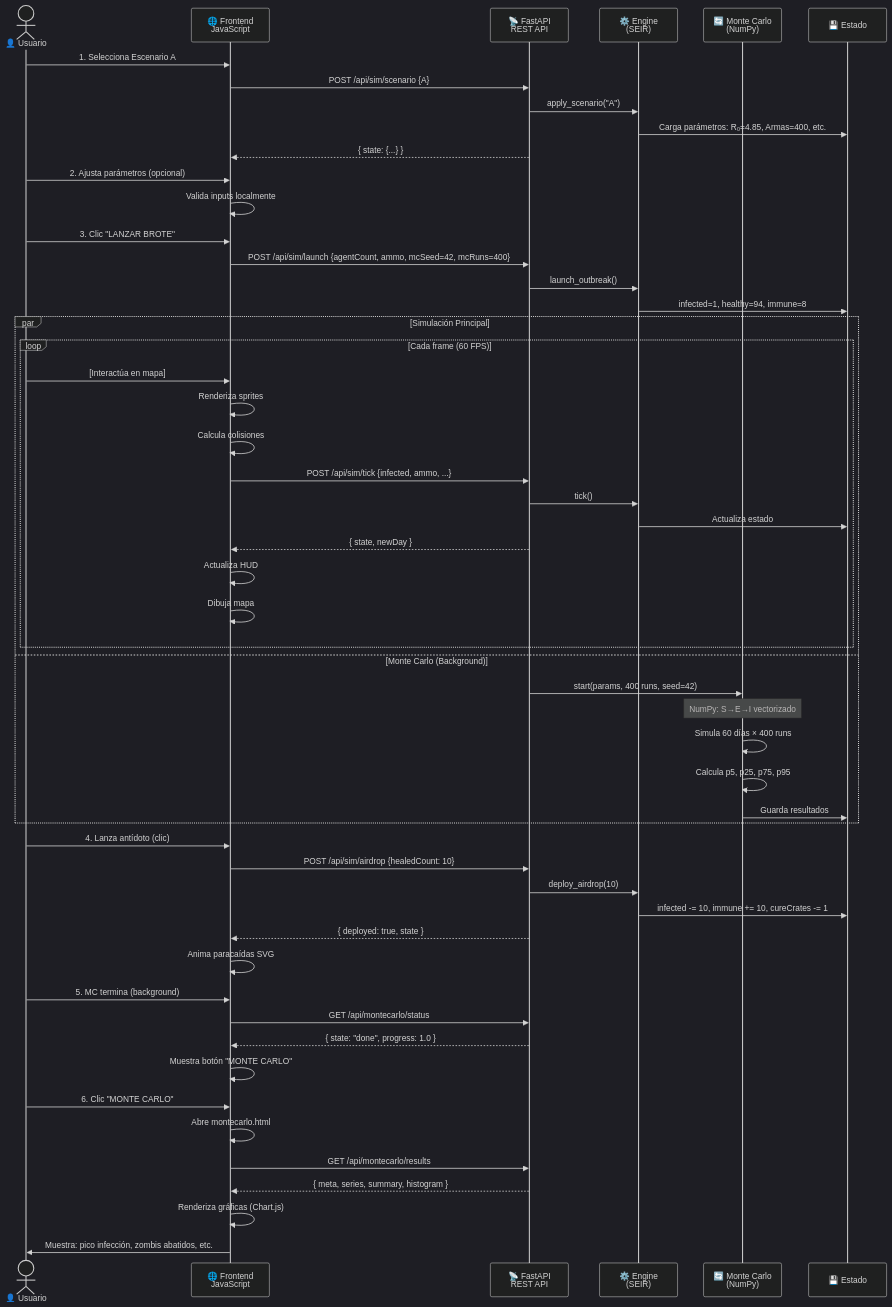
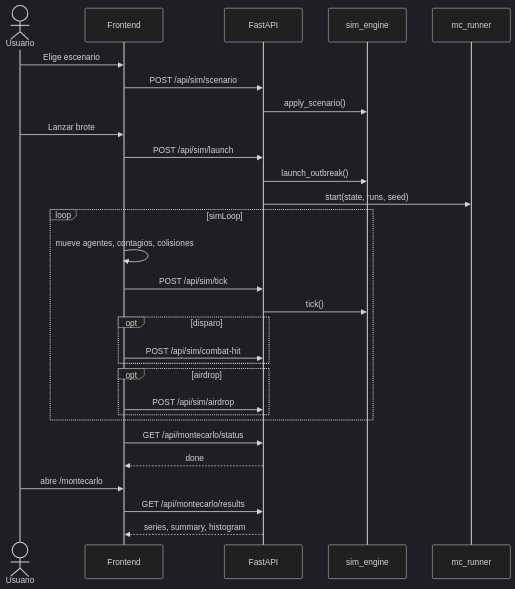
One commit to Dass-19/bottitos-spookython changed the third of 3 diagrams in docs/arquitectura.md. Above: the diagram before and after it, drawn with Mermaid (dark theme). The commit also changed other lines of this file and 20 other files, not shown here.

````diff
--- a/docs/arquitectura.md
+++ b/docs/arquitectura.md
@@ -167,62 +172,35 @@
 ```mermaid
 sequenceDiagram
-    actor User as 👤 Usuario
-    participant FE as 🌐 Frontend<br/>JavaScript
-    participant API as 📡 FastAPI<br/>REST API
-    participant ENG as ⚙️ Engine<br/>(SEIR)
-    participant MC as 🔄 Monte Carlo<br/>(NumPy)
-    participant DB as 💾 Estado
+    actor U as Usuario
+    participant FE as Frontend
+    participant API as FastAPI
+    participant ENG as sim_engine
+    participant MC as mc_runner
 
-    User->>FE: 1. Selecciona Escenario A
-    FE->>API: POST /api/sim/scenario {A}
-    API->>ENG: apply_scenario("A")
-    ENG->>DB: Carga parámetros: R₀=4.85, Armas=400, etc.
-    API-->>FE: { state: {...} }
-    
-    User->>FE: 2. Ajusta parámetros (opcional)
-    FE->>FE: Valida inputs localmente
-    
-    User->>FE: 3. Clic "LANZAR BROTE"
-    FE->>API: POST /api/sim/launch {agentCount, ammo, mcSeed=42, mcRuns=400}
+    U->>FE: Elige escenario
+    FE->>API: POST /api/sim/scenario
+    API->>ENG: apply_scenario()
+
+    U->>FE: Lanzar brote
+    FE->>API: POST /api/sim/launch
     API->>ENG: launch_outbreak()
-    ENG->>DB: infected=1, healthy=94, immune=8
-    
-    par Simulación Principal
-        loop Cada frame (60 FPS)
-            User->>FE: [Interactúa en mapa]
-            FE->>FE: Renderiza sprites
-            FE->>FE: Calcula colisiones
-            FE->>API: POST /api/sim/tick {infected, ammo, ...}
-            API->>ENG: tick()
-            ENG->>DB: Actualiza estado
-            API-->>FE: { state, newDay }
-            FE->>FE: Actualiza HUD
-            FE->>FE: Dibuja mapa
+    API->>MC: start(state, runs, seed)
+
+    loop simLoop
+        FE->>FE: mueve agentes, contagios, colisiones
+        FE->>API: POST /api/sim/tick
+        API->>ENG: tick()
+        opt disparo
+            FE->>API: POST /api/sim/combat-hit
         end
-    and Monte Carlo (Background)
-        API->>MC: start(params, 400 runs, seed=42)
-        Note over MC: NumPy: S→E→I vectorizado
-        MC->>MC: Simula 60 días × 400 runs
-        MC->>MC: Calcula p5, p25, p75, p95
-        MC->>DB: Guarda resultados
+        opt airdrop
+            FE->>API: POST /api/sim/airdrop
+        end
     end
-    
-    User->>FE: 4. Lanza antídoto (clic)
-    FE->>API: POST /api/sim/airdrop {healedCount: 10}
-    API->>ENG: deploy_airdrop(10)
-    ENG->>DB: infected -= 10, immune += 10, cureCrates -= 1
-    API-->>FE: { deployed: true, state }
-    FE->>FE: Anima paracaídas SVG
-    
-    User->>FE: 5. MC termina (background)
+
     FE->>API: GET /api/montecarlo/status
-    API-->>FE: { state: "done", progress: 1.0 }
-    FE->>FE: Muestra botón "MONTE CARLO"
-    
-    User->>FE: 6. Clic "MONTE CARLO"
-    FE->>FE: Abre montecarlo.html
+    API-->>FE: done
+    U->>FE: abre /montecarlo
     FE->>API: GET /api/montecarlo/results
-    API-->>FE: { meta, series, summary, histogram }
-    FE->>FE: Renderiza gráficas (Chart.js)
-    FE->>User: Muestra: pico infección, zombis abatidos, etc.
+    API-->>FE: series, summary, histogram
 ```
````
